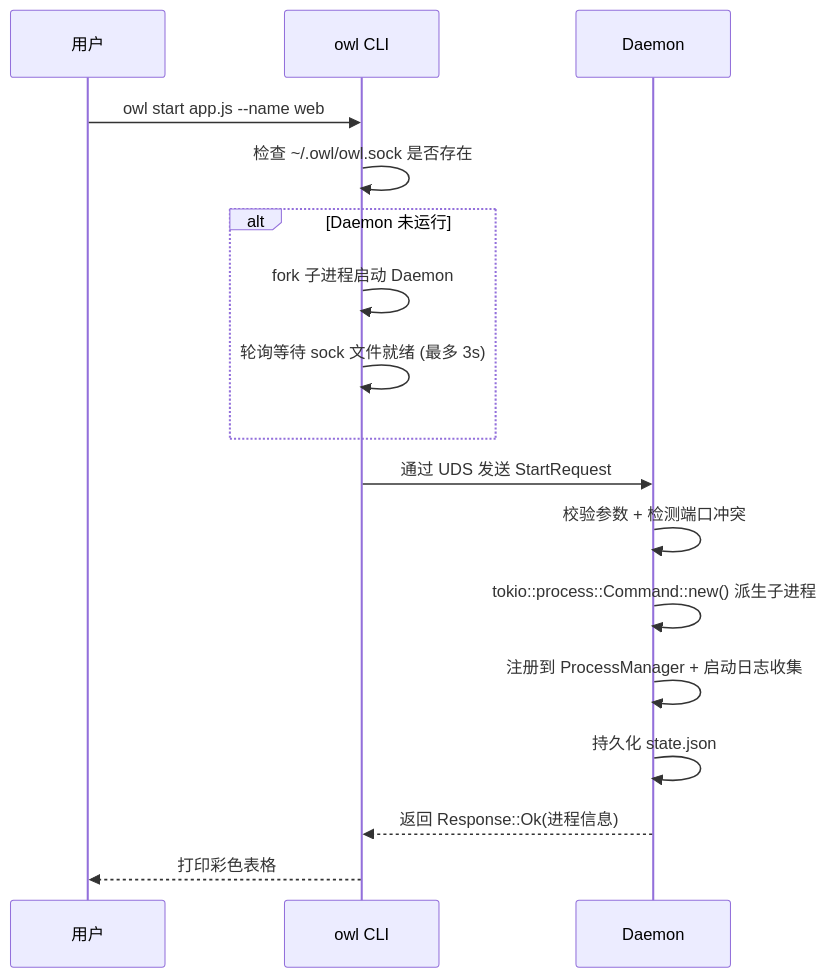
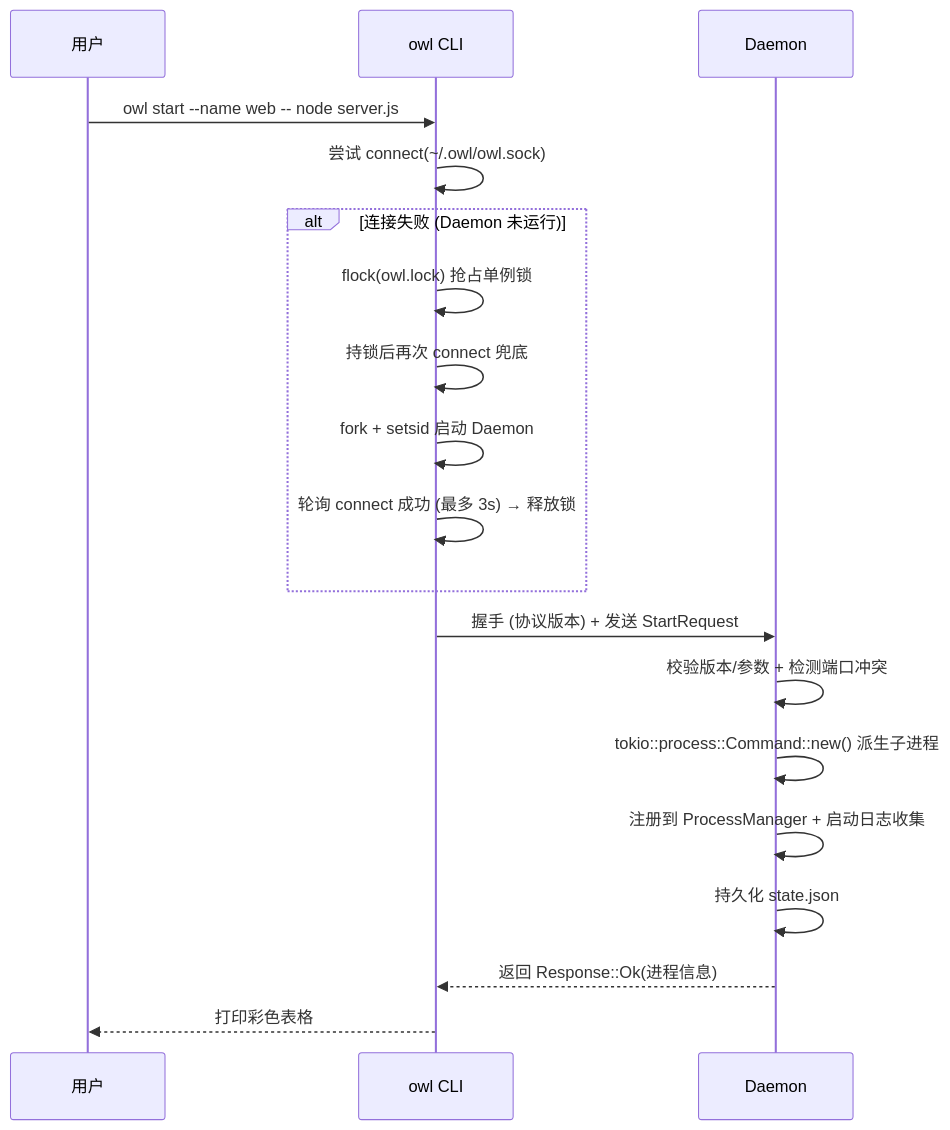
One commit to xmi-one/owl changed the second of 4 diagrams in implementation_plan.md. Above: the diagram before and after it, drawn with Mermaid. The commit also changed other lines of this file, not shown here.

````diff
--- a/implementation_plan.md
+++ b/implementation_plan.md
@@ -91,20 +94,22 @@
 ```mermaid
 sequenceDiagram
     participant U as 用户
     participant CLI as owl CLI
     participant D as Daemon
 
-    U->>CLI: owl start app.js --name web
-    CLI->>CLI: 检查 ~/.owl/owl.sock 是否存在
-    alt Daemon 未运行
-        CLI->>CLI: fork 子进程启动 Daemon
-        CLI->>CLI: 轮询等待 sock 文件就绪 (最多 3s)
+    U->>CLI: owl start --name web -- node server.js
+    CLI->>CLI: 尝试 connect(~/.owl/owl.sock)
+    alt 连接失败 (Daemon 未运行)
+        CLI->>CLI: flock(owl.lock) 抢占单例锁
+        CLI->>CLI: 持锁后再次 connect 兜底
+        CLI->>CLI: fork + setsid 启动 Daemon
+        CLI->>CLI: 轮询 connect 成功 (最多 3s) → 释放锁
     end
-    CLI->>D: 通过 UDS 发送 StartRequest
-    D->>D: 校验参数 + 检测端口冲突
+    CLI->>D: 握手 (协议版本) + 发送 StartRequest
+    D->>D: 校验版本/参数 + 检测端口冲突
     D->>D: tokio::process::Command::new() 派生子进程
     D->>D: 注册到 ProcessManager + 启动日志收集
     D->>D: 持久化 state.json
     D-->>CLI: 返回 Response::Ok(进程信息)
     CLI-->>U: 打印彩色表格
 ```
````
